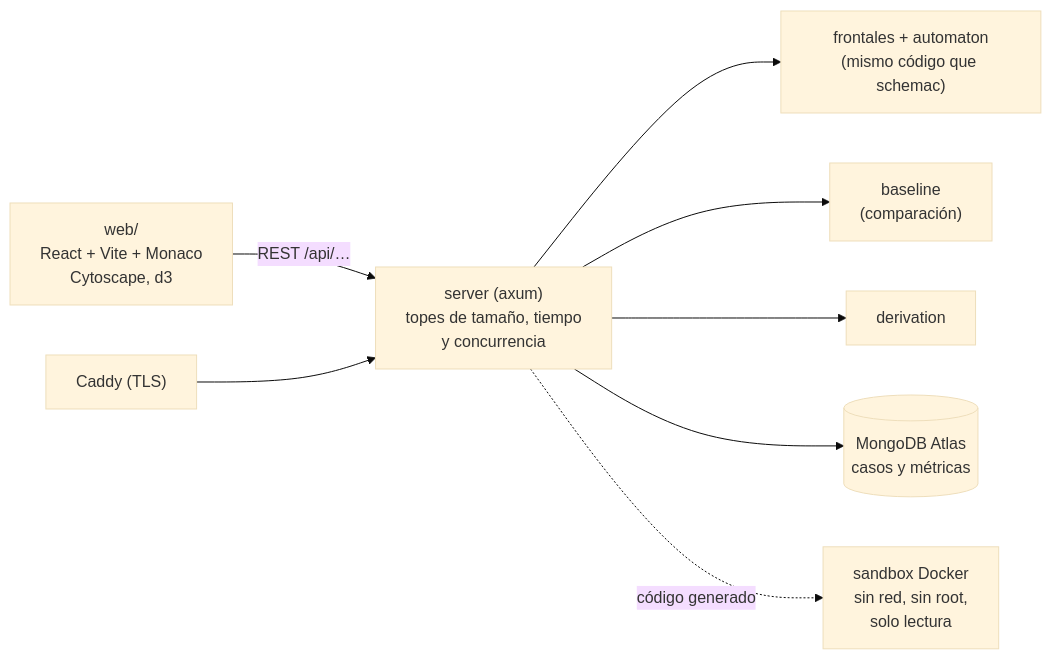
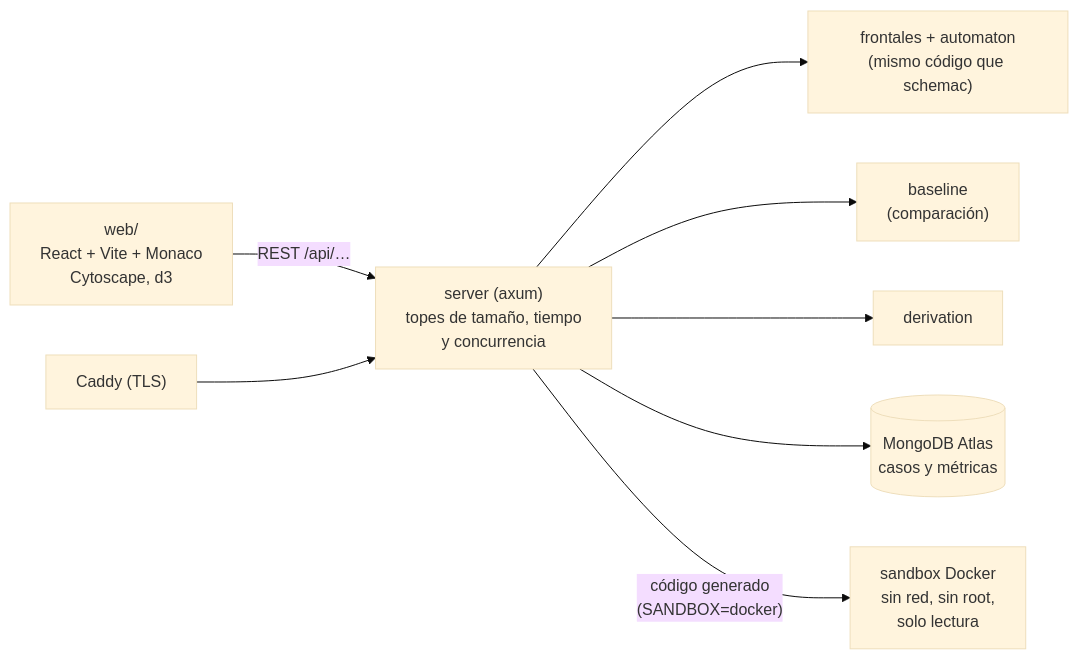
The fourth of 4 diagrams in docs/arquitectura.md (leonardo079/Validador_de_Esquemas_JSON-XML_con_Aut-matas_de_Pila_Ponderados), drawn with Mermaid (base theme) before and after one commit. The commit also changed other lines of this file and 9 other files, not shown here.

````diff
--- a/docs/arquitectura.md
+++ b/docs/arquitectura.md
@@ -137,10 +137,10 @@
 ```mermaid
 flowchart LR
   WEB["web/<br/>React + Vite + Monaco<br/>Cytoscape, d3"] -- "REST /api/…" --> SRV["server (axum)<br/>topes de tamaño, tiempo<br/>y concurrencia"]
   SRV --> PIPE["frontales + automaton<br/>(mismo código que schemac)"]
   SRV --> BL["baseline<br/>(comparación)"]
   SRV --> DV["derivation"]
   SRV --> AT[("MongoDB Atlas<br/>casos y métricas")]
-  SRV -. "código generado" .-> SB["sandbox Docker<br/>sin red, sin root,<br/>solo lectura"]
+  SRV -- "código generado<br/>(SANDBOX=docker)" --> SB["sandbox Docker<br/>sin red, sin root,<br/>solo lectura"]
   CADDY["Caddy (TLS)"] --> SRV
 ```
````
